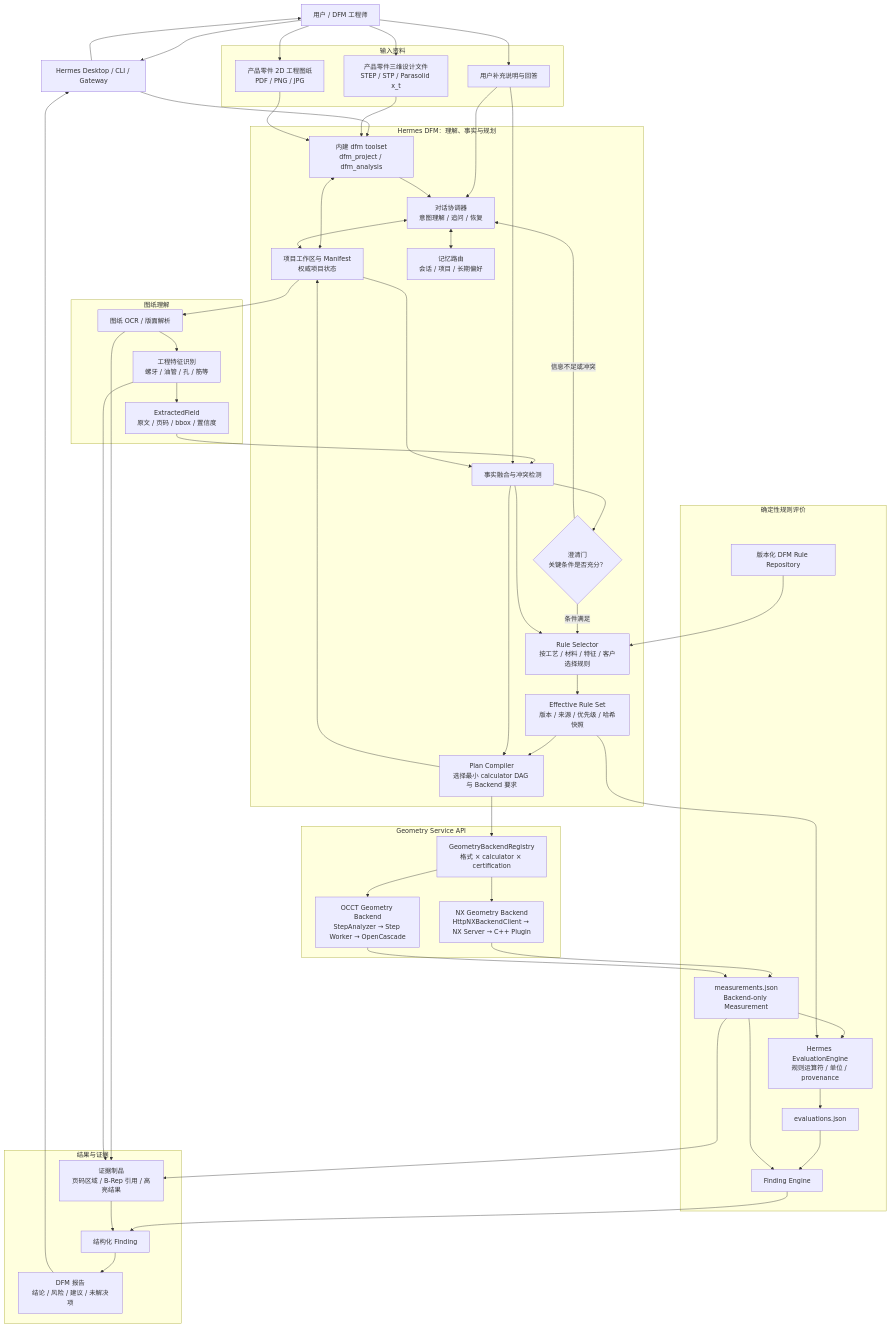
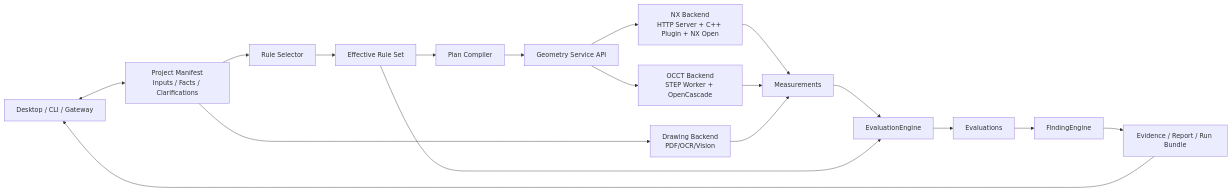
One commit to 1004860611/hermes-agent changed the diagram in docs/plans/2026-07-13-dfm-hermes-agent-development-roadmap.md. Above: the diagram before and after it, drawn with Mermaid. The commit also changed other lines of this file and 1 other file, not shown here.

````diff
--- a/docs/plans/2026-07-13-dfm-hermes-agent-development-roadmap.md
+++ b/docs/plans/2026-07-13-dfm-hermes-agent-development-roadmap.md
@@ -116,89 +107,26 @@
 ```mermaid
-flowchart TB
-    U[用户 / DFM 工程师]
-    UI[Hermes Desktop / CLI / Gateway]
+flowchart LR
+    UI[Desktop / CLI / Gateway]
+    PRJ[Project Manifest<br/>Inputs / Facts / Clarifications]
+    RS[Rule Selector]
+    ER[Effective Rule Set]
+    PC[Plan Compiler]
+    GS[Geometry Service API]
+    NX[NX Backend<br/>HTTP Server + C++ Plugin + NX Open]
+    OCC[OCCT Backend<br/>STEP Worker + OpenCascade]
+    DR[Drawing Backend<br/>PDF/OCR/Vision]
+    MEAS[Measurements]
+    EE[EvaluationEngine]
+    EVAL[Evaluations]
+    FE[FindingEngine]
+    OUT[Evidence / Report / Run Bundle]
 
-    subgraph IN[输入资料]
-        S[产品零件三维设计文件<br/>STEP / STP / Parasolid x_t]
-        D[产品零件 2D 工程图纸<br/>PDF / PNG / JPG]
-        T[用户补充说明与回答]
-    end
-
-    subgraph H[Hermes DFM：理解、事实与规划]
-        TA[内建 dfm toolset<br/>dfm_project / dfm_analysis]
-        C[对话协调器<br/>意图理解 / 追问 / 恢复]
-        P[项目工作区与 Manifest<br/>权威项目状态]
-        F[事实融合与冲突检测]
-        G{澄清门<br/>关键条件是否充分？}
-        RS[Rule Selector<br/>按工艺 / 材料 / 特征 / 客户选择规则]
-        ER[Effective Rule Set<br/>版本 / 来源 / 优先级 / 哈希快照]
-        PC[Plan Compiler<br/>选择最小 calculator DAG 与 Backend 要求]
-        M[记忆路由<br/>会话 / 项目 / 长期偏好]
-    end
-
-    subgraph DRAWING[图纸理解]
-        DI[图纸 OCR / 版面解析]
-        FD[工程特征识别<br/>螺牙 / 油管 / 孔 / 筋等]
-        XF[ExtractedField<br/>原文 / 页码 / bbox / 置信度]
-    end
-
-    subgraph GS[Geometry Service API]
-        GBR[GeometryBackendRegistry<br/>格式 × calculator × certification]
-        NX[NX Geometry Backend<br/>HttpNXBackendClient → NX Server → C++ Plugin]
-        OCC[OCCT Geometry Backend<br/>StepAnalyzer → Step Worker → OpenCascade]
-    end
-
-    subgraph RULES[确定性规则评价]
-        KB[版本化 DFM Rule Repository]
-        MEAS[measurements.json<br/>Backend-only Measurement]
-        EE[Hermes EvaluationEngine<br/>规则运算符 / 单位 / provenance]
-        EVAL[evaluations.json]
-        FE[Finding Engine]
-    end
-
-    subgraph O[结果与证据]
-        EV[证据制品<br/>页码区域 / B-Rep 引用 / 高亮结果]
-        R[结构化 Finding]
-        RP[DFM 报告<br/>结论 / 风险 / 建议 / 未解决项]
-    end
-
-    U --> UI --> TA
-    U --> S
-    U --> D
-    U --> T
-    S --> TA
-    D --> TA
-    T --> C
-    TA --> C
-    TA <--> P
-    C <--> P
-    C <--> M
-    P --> DI
-    DI --> FD --> XF --> F
-    T --> F
-    P --> F
-    F --> G
-    G -- 信息不足或冲突 --> C
-    G -- 条件满足 --> RS
-    KB --> RS --> ER
-    F --> RS
-    ER --> PC
-    F --> PC
-    PC --> P
-    PC --> GBR
-    GBR --> NX
-    GBR --> OCC
-    NX --> MEAS
-    OCC --> MEAS
+    UI <--> PRJ
+    PRJ --> RS --> ER --> PC
+    PC --> GS
+    GS --> NX --> MEAS
+    GS --> OCC --> MEAS
+    PRJ --> DR --> MEAS
     MEAS --> EE
-    ER --> EE
-    EE --> EVAL --> FE
-    MEAS --> FE
-    FE --> R
-    MEAS --> EV
-    DI --> EV
-    FD --> EV
-    EV --> R
-    R --> RP
-    RP --> UI --> U
+    ER --> EE --> EVAL --> FE --> OUT --> UI
 ```
````
